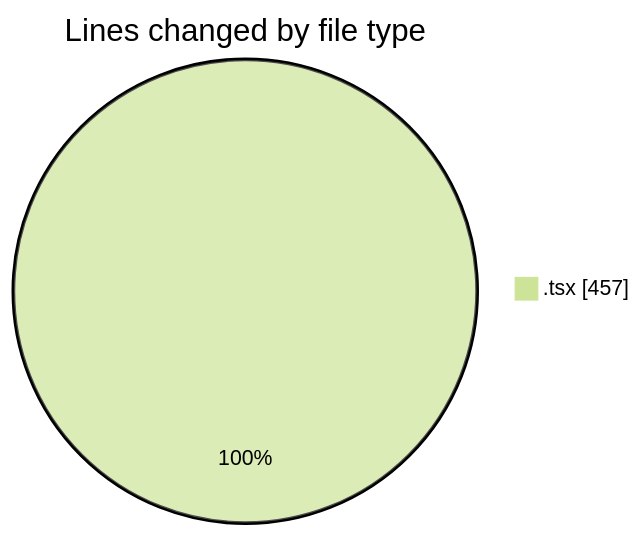
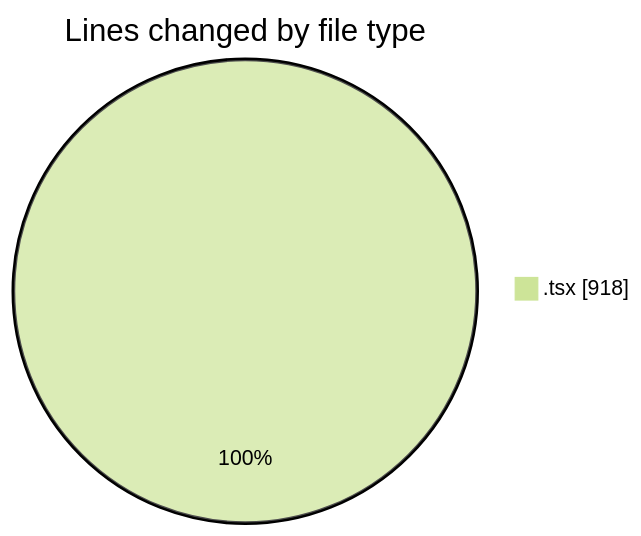
The first of 2 diagrams in 2026-03-18/nxtqube_webapp/README.md (nxtqubesakshisongat/code-tracking), drawn with Mermaid (forest theme) before and after one commit. The commit also changed other lines of this file and 1 other file, not shown here.

````diff
--- a/2026-03-18/nxtqube_webapp/README.md
+++ b/2026-03-18/nxtqube_webapp/README.md
@@ -20,5 +22,5 @@
 ```mermaid
 pie showData
 title Lines changed by file type
-".tsx" : 457
+".tsx" : 918
 ```
````
